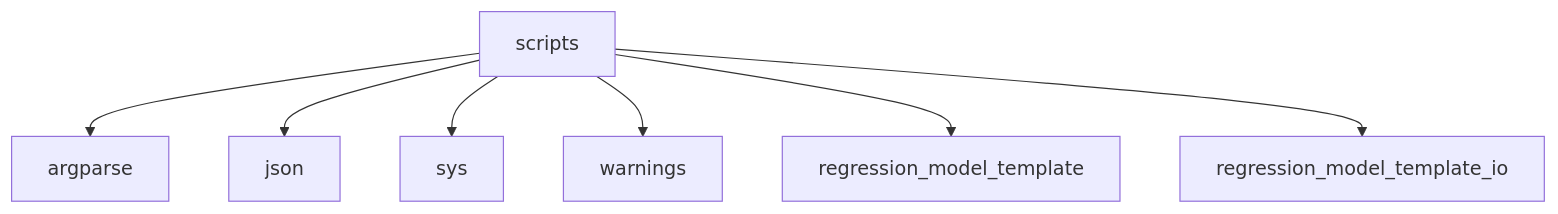
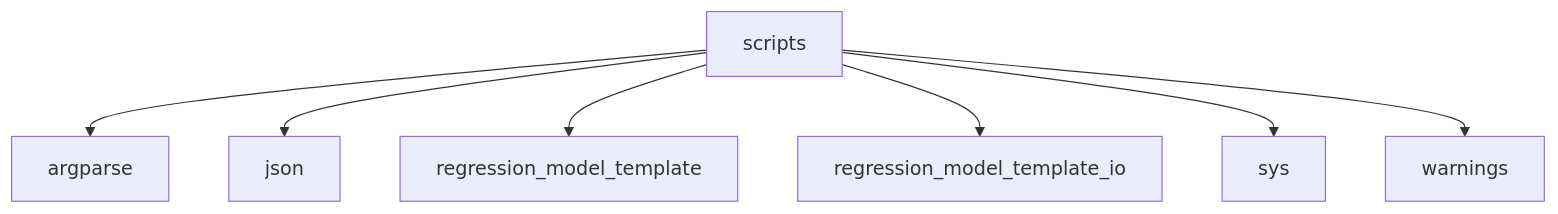
One commit to lgcorzo/mlops-python-package changed the diagram in wiki/scripts.md. Above: the diagram before and after it, drawn with Mermaid. The commit also changed other lines of this file and 31 other files, not shown here.

````diff
--- a/wiki/scripts.md
+++ b/wiki/scripts.md
@@ -16,9 +16,10 @@
 ```mermaid
 flowchart TD
+
     scripts --> argparse
     scripts --> json
+    scripts --> regression_model_template
+    scripts --> regression_model_template_io
     scripts --> sys
     scripts --> warnings
-    scripts --> regression_model_template
-    scripts --> regression_model_template_io
 ```
````
